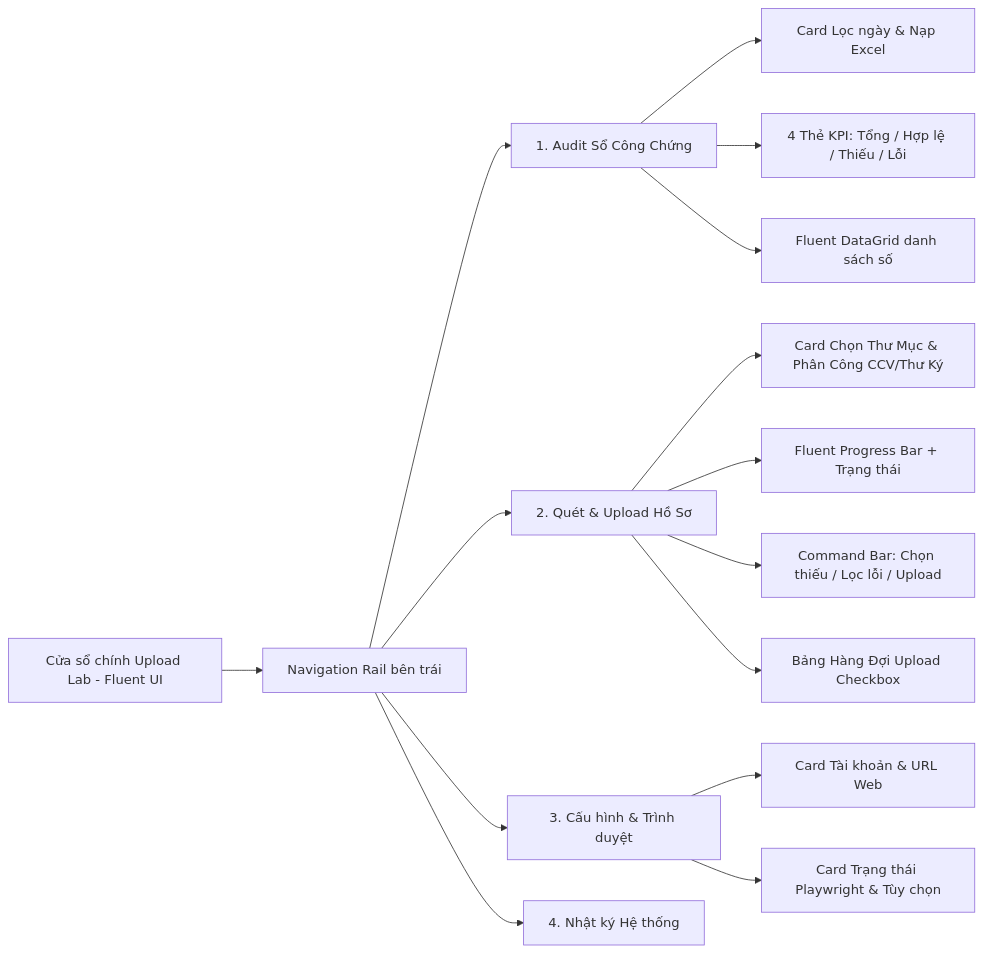
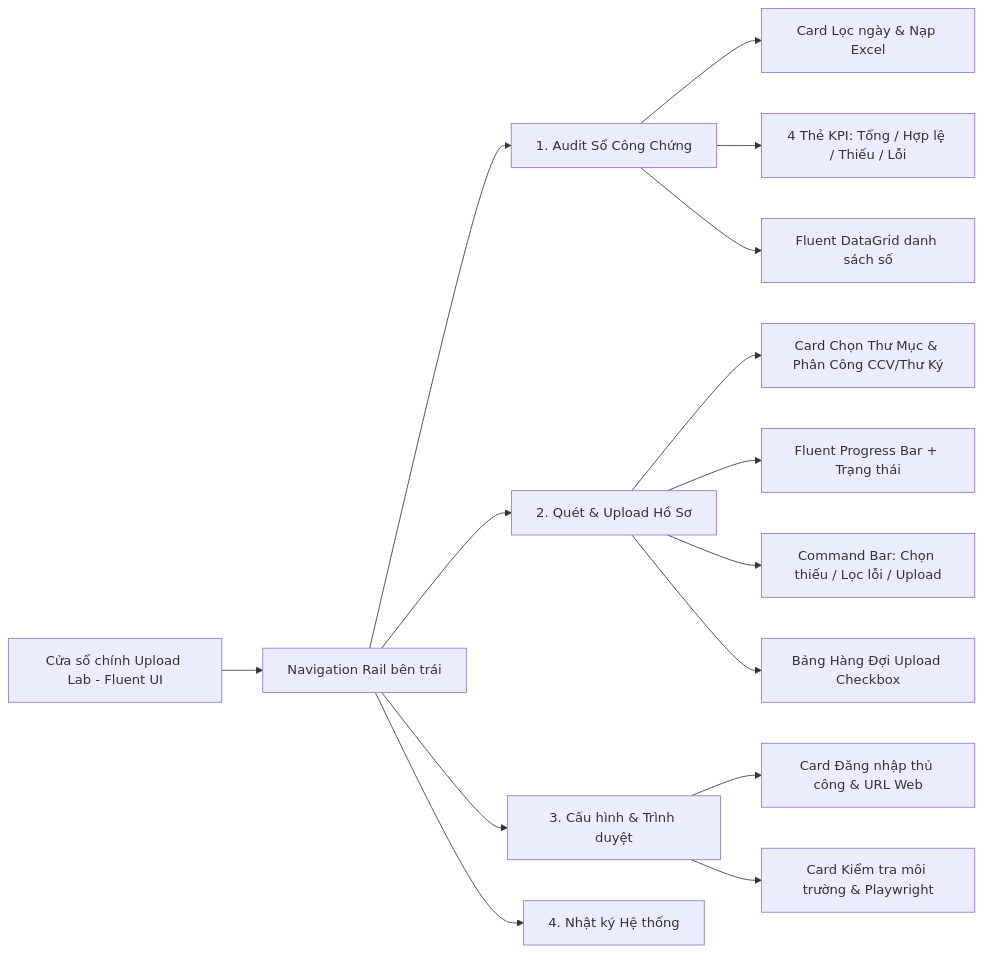
One commit to minhnhatnguyen6297-a11y/upload_lab changed the second of 2 diagrams in docs/fluent_ui_redesign/SPEC_LAYOUT_FLUENT_UI.md. Above: the diagram before and after it, drawn with Mermaid. The commit also changed other lines of this file and 7 other files, not shown here.

First line of the commit message:
feat(uploader): manual login handshake and batch-continue upload flow

````diff
--- a/docs/fluent_ui_redesign/SPEC_LAYOUT_FLUENT_UI.md
+++ b/docs/fluent_ui_redesign/SPEC_LAYOUT_FLUENT_UI.md
@@ -69,20 +69,20 @@
 ```mermaid
 flowchart LR
     Main[Cửa sổ chính Upload Lab - Fluent UI] --> Nav[Navigation Rail bên trái]
     Nav --> Page1[1. Audit Sổ Công Chứng]
     Nav --> Page2[2. Quét & Upload Hồ Sơ]
     Nav --> Page3[3. Cấu hình & Trình duyệt]
     Nav --> Page4[4. Nhật ký Hệ thống]
 
     Page1 --> P1_Filter[Card Lọc ngày & Nạp Excel]
     Page1 --> P1_KPI[4 Thẻ KPI: Tổng / Hợp lệ / Thiếu / Lỗi]
     Page1 --> P1_Table[Fluent DataGrid danh sách số]
 
     Page2 --> P2_Scan[Card Chọn Thư Mục & Phân Công CCV/Thư Ký]
     Page2 --> P2_Bar[Fluent Progress Bar + Trạng thái]
     Page2 --> P2_Cmd[Command Bar: Chọn thiếu / Lọc lỗi / Upload]
     Page2 --> P2_Queue[Bảng Hàng Đợi Upload Checkbox]
 
-    Page3 --> P3_Acc[Card Tài khoản & URL Web]
-    Page3 --> P3_Eng[Card Trạng thái Playwright & Tùy chọn]
+    Page3 --> P3_Acc[Card Đăng nhập thủ công & URL Web]
+    Page3 --> P3_Eng[Card Kiểm tra môi trường & Playwright]
 ```
````
